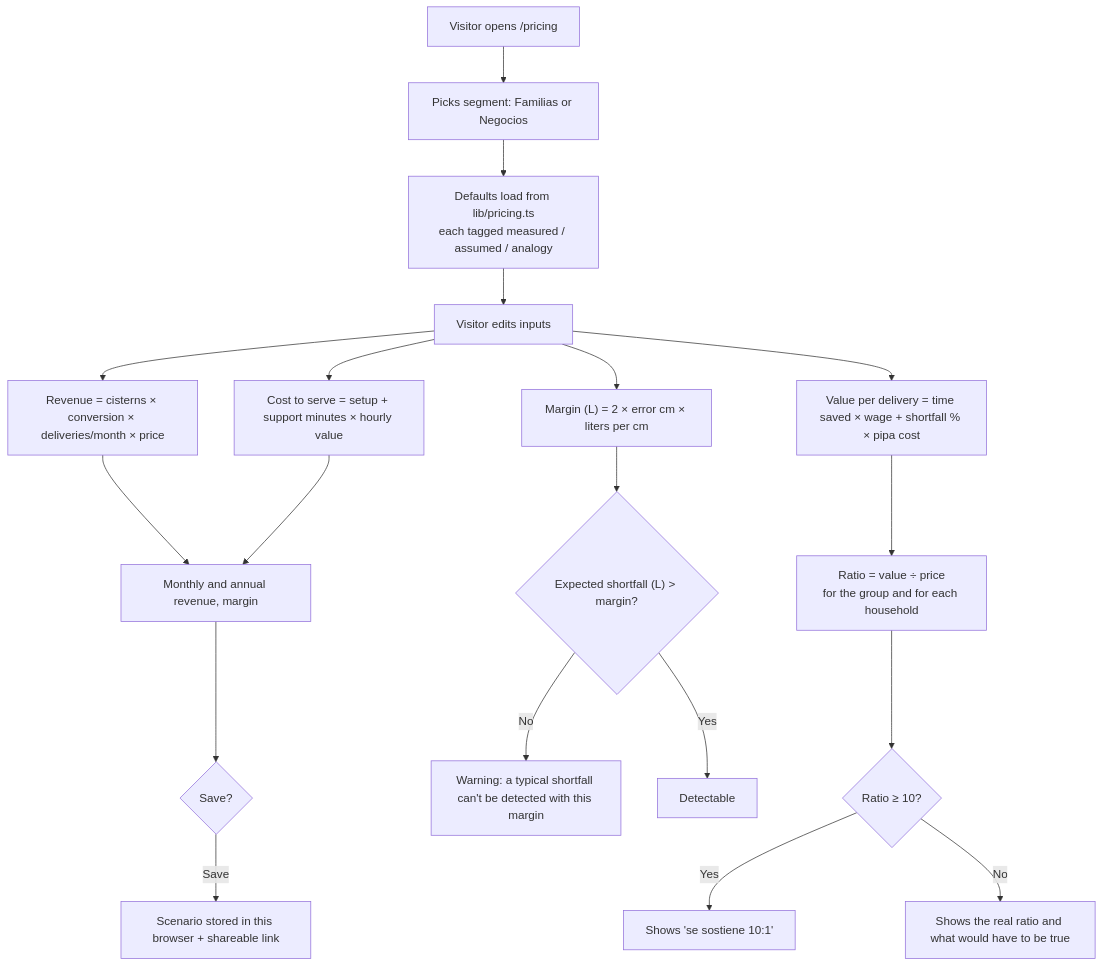
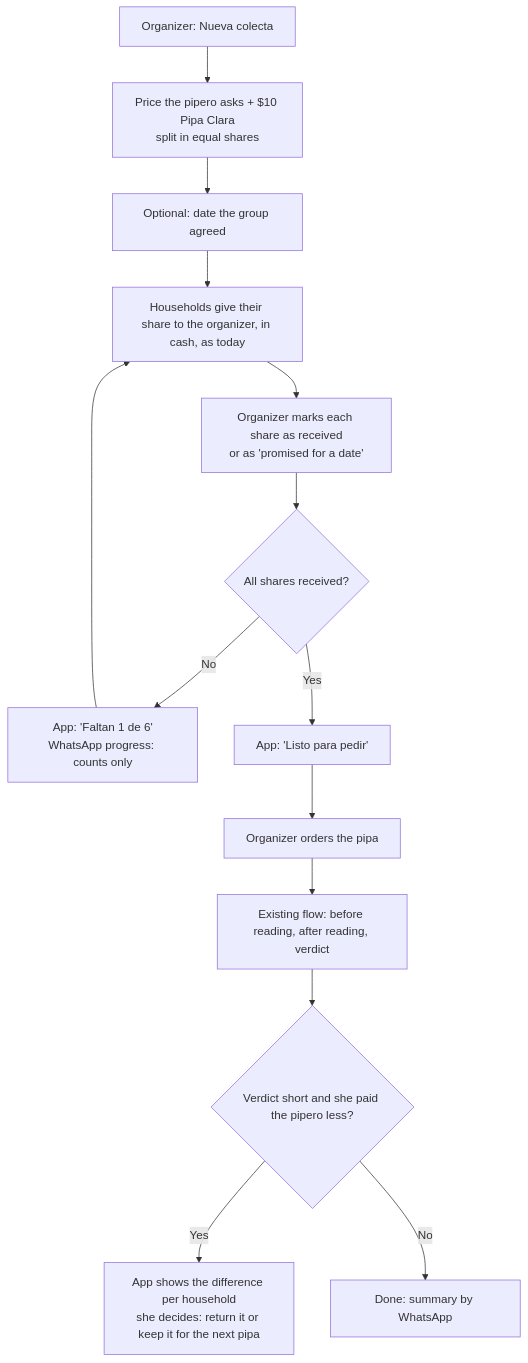
The diagram in docs/PACKET.md (fatimafortes/pipa-clara-venture), drawn with Mermaid before and after one commit. The commit also changed other lines of this file and 3 other files, not shown here.

````diff
--- a/docs/PACKET.md
+++ b/docs/PACKET.md
@@ -42,21 +113,16 @@
 ```mermaid
 flowchart TD
-    A[Visitor opens /pricing] --> B[Picks segment: Familias or Negocios]
-    B --> C[Defaults load from lib/pricing.ts<br/>each tagged measured / assumed / analogy]
-    C --> D[Visitor edits inputs]
-    D --> E["Revenue = cisterns × conversion × deliveries/month × price"]
-    D --> F["Cost to serve = setup + support minutes × hourly value"]
-    E --> G[Monthly and annual revenue, margin]
-    F --> G
-    D --> H["Value per delivery = time saved × wage + shortfall % × pipa cost"]
-    H --> I["Ratio = value ÷ price<br/>for the group and for each household"]
-    I --> J{Ratio ≥ 10?}
-    J -- Yes --> J1[Shows 'se sostiene 10:1']
-    J -- No --> J2[Shows the real ratio and what would have to be true]
-    D --> K["Margin (L) = 2 × error cm × liters per cm"]
-    K --> L{"Expected shortfall (L) > margin?"}
-    L -- No --> L1["Warning: a typical shortfall can't be detected with this margin"]
-    L -- Yes --> L2[Detectable]
-    G --> M{Save?}
-    M -- Save --> N[Scenario stored in this browser + shareable link]
+    A[Organizer: Nueva colecta] --> B[Price the pipero asks + $10 Pipa Clara<br/>split in equal shares]
+    B --> C[Optional: date the group agreed]
+    C --> D[Households give their share to the organizer, in cash, as today]
+    D --> E[Organizer marks each share as received<br/>or as 'promised for a date']
+    E --> F{All shares received?}
+    F -- No --> G[App: 'Faltan 1 de 6'<br/>WhatsApp progress: counts only]
+    G --> D
+    F -- Yes --> H[App: 'Listo para pedir']
+    H --> I[Organizer orders the pipa]
+    I --> J[Existing flow: before reading, after reading, verdict]
+    J --> K{Verdict short and she paid the pipero less?}
+    K -- Yes --> L[App shows the difference per household<br/>she decides: return it or keep it for the next pipa]
+    K -- No --> M[Done: summary by WhatsApp]
 ```
````
